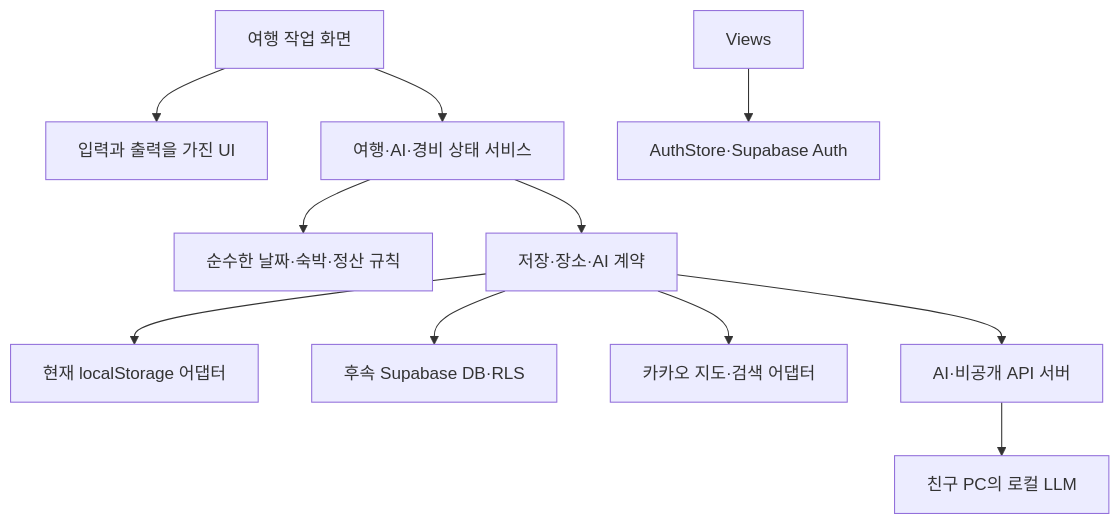
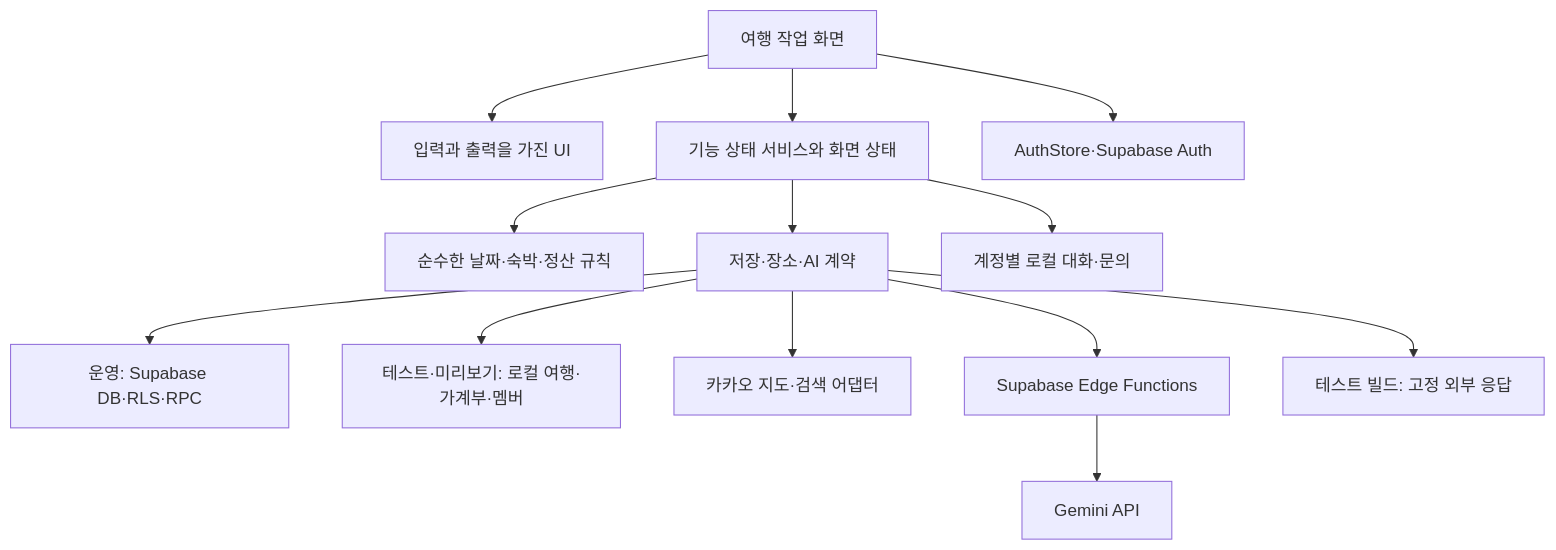
Before and after one commit to kimmihyeon12/triplo: the diagram in docs/architecture/ARCHITECTURE.md, drawn with Mermaid. The commit also changed other lines of this file and 12 other files, not shown here.

Commit message:
docs: sync current architecture and implementation guidance

````diff
--- a/docs/architecture/ARCHITECTURE.md
+++ b/docs/architecture/ARCHITECTURE.md
@@ -109,13 +135,15 @@
 ```mermaid
 flowchart TD
   Page[여행 작업 화면] --> UI[입력과 출력을 가진 UI]
-  Page --> State[여행·AI·경비 상태 서비스]
+  Page --> State[기능 상태 서비스와 화면 상태]
   State --> Rules[순수한 날짜·숙박·정산 규칙]
   State --> Ports[저장·장소·AI 계약]
-  Ports --> Local[현재 localStorage 어댑터]
-  Views --> Auth[AuthStore·Supabase Auth]
-  Ports --> DB[후속 Supabase DB·RLS]
+  Page --> Auth[AuthStore·Supabase Auth]
+  Ports --> DB[운영: Supabase DB·RLS·RPC]
+  Ports --> Local[테스트·미리보기: 로컬 여행·가계부·멤버]
+  State --> History[계정별 로컬 대화·문의]
   Ports --> Map[카카오 지도·검색 어댑터]
-  Ports --> Server[AI·비공개 API 서버]
-  Server --> LLM[친구 PC의 로컬 LLM]
+  Ports --> Edge[Supabase Edge Functions]
+  Edge --> LLM[Gemini API]
+  Ports --> Fixture[테스트 빌드: 고정 외부 응답]
 ```
````
